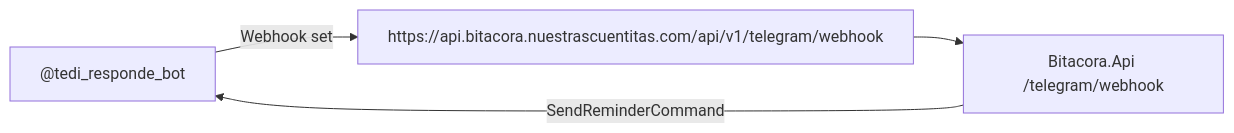
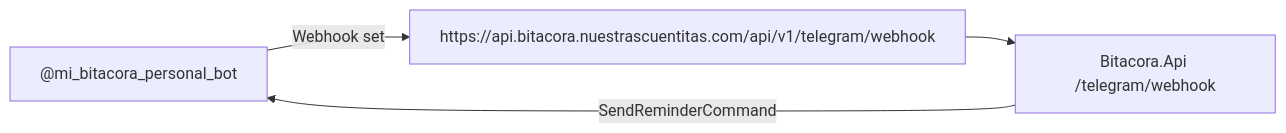
The diagram in .docs/raw/decisiones/2026-04-13-bitacora-release-readiness.md (fgpaz/bitacora), drawn with Mermaid before and after one commit. The commit also changed other lines of this file, not shown here.

Commit message:
fix(telegram): correct bot to mi_bitacora_personal_bot

````diff
--- a/.docs/raw/decisiones/2026-04-13-bitacora-release-readiness.md
+++ b/.docs/raw/decisiones/2026-04-13-bitacora-release-readiness.md
@@ -74,6 +74,6 @@
 ```mermaid
 flowchart LR
-    A["@tedi_responde_bot"] -->|Webhook set| B["https://api.bitacora.nuestrascuentitas.com/api/v1/telegram/webhook"]
+    A["@mi_bitacora_personal_bot"] -->|Webhook set| B["https://api.bitacora.nuestrascuentitas.com/api/v1/telegram/webhook"]
     B --> C["Bitacora.Api /telegram/webhook"]
     C -->|SendReminderCommand| A
 ```
````
